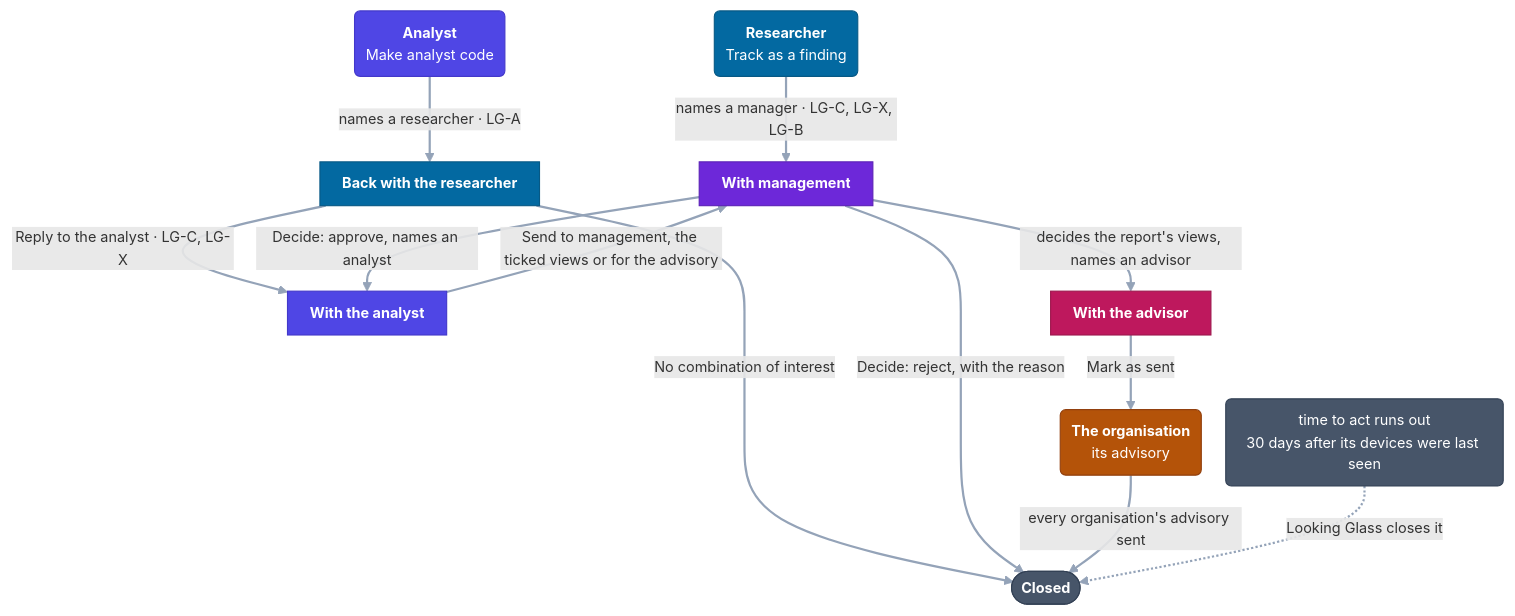
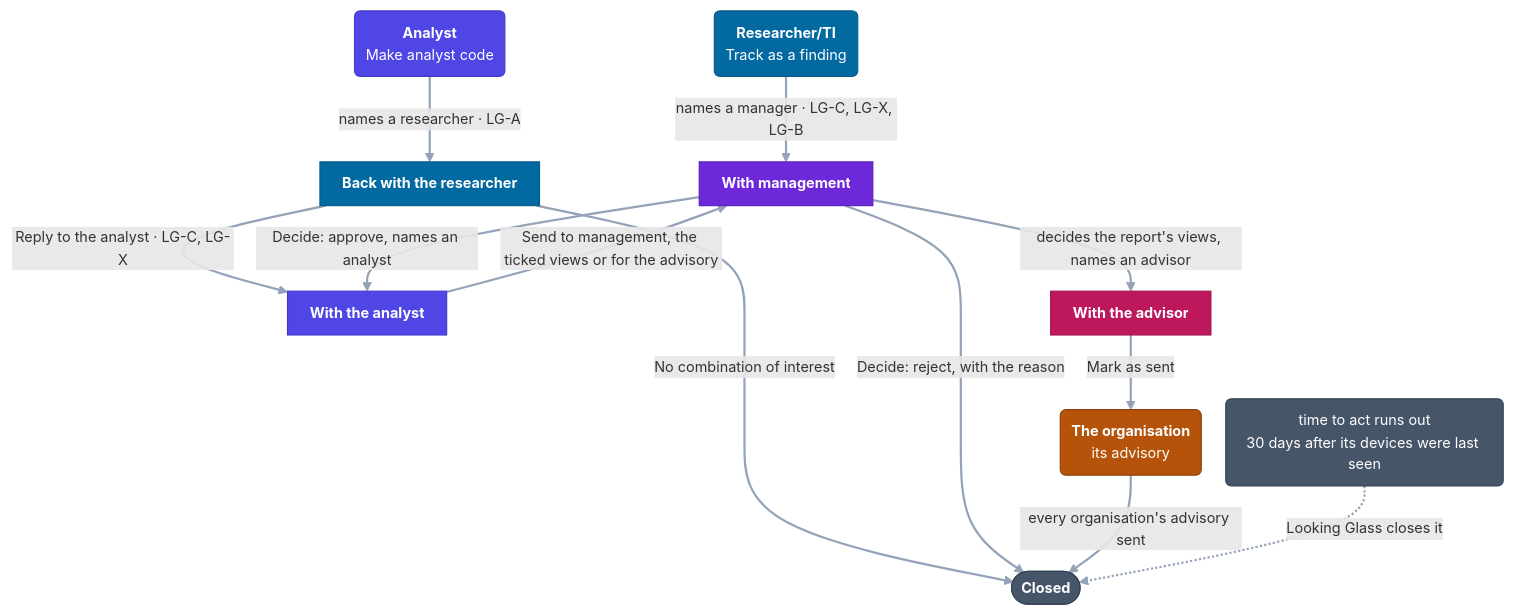
Before and after one commit to anonghosty/looking-glass: the third of 7 diagrams in docs/USE_CASES.md, drawn with Mermaid. The commit also changed other lines of this file and 159 other files, not shown here.

````diff
--- a/docs/USE_CASES.md
+++ b/docs/USE_CASES.md
@@ -142,31 +142,31 @@
 ```mermaid
 %%{init: {"themeVariables": {"fontSize": "13px"}, "flowchart": {"curve": "basis", "nodeSpacing": 22, "rankSpacing": 38, "padding": 10, "wrappingWidth": 230}}}%%
 flowchart TD
-    RN("<b>Researcher</b><br/>Track as a finding"):::research
+    RN("<b>Researcher/TI</b><br/>Track as a finding"):::research
     AN("<b>Analyst</b><br/>Make analyst code"):::analyst
     M["<b>With management</b>"]:::mgmt
     R["<b>Back with the researcher</b>"]:::research
     A["<b>With the analyst</b>"]:::analyst
     V["<b>With the advisor</b>"]:::advisor
     O("<b>The organisation</b><br/>its advisory"):::ext
     C(["<b>Closed</b>"]):::closed
     T("time to act runs out<br/>30 days after its devices were last seen"):::closed
     RN -- "names a manager · LG-C, LG-X, LG-B" --> M
     AN -- "names a researcher · LG-A" --> R
     R -- "Reply to the analyst · LG-C, LG-X" --> A
     R -- "No combination of interest" --> C
     M -- "Decide: approve, names an analyst" --> A
     M -- "Decide: reject, with the reason" --> C
     A -- "Send to management, the ticked views or for the advisory" --> M
     M -- "decides the report's views, names an advisor" --> V
     V -- "Mark as sent" --> O
     O -- "every organisation's advisory sent" --> C
     T -. "Looking Glass closes it" .-> C
     classDef research fill:#0369a1,stroke:#075985,color:#fff
     classDef analyst fill:#4f46e5,stroke:#4338ca,color:#fff
     classDef mgmt fill:#6d28d9,stroke:#5b21b6,color:#fff
     classDef advisor fill:#be185d,stroke:#9d174d,color:#fff
     classDef closed fill:#475569,stroke:#334155,color:#fff
     classDef ext fill:#b45309,stroke:#92400e,color:#fff
     linkStyle default stroke:#94a3b8,stroke-width:2px
 ```
````
